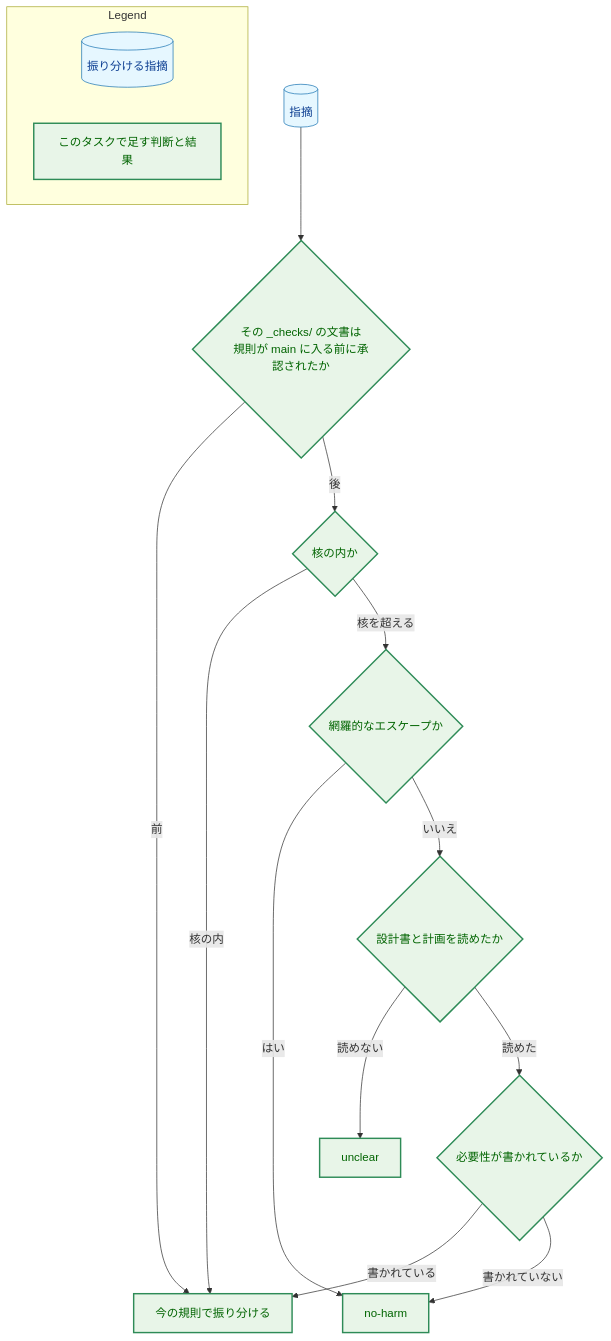
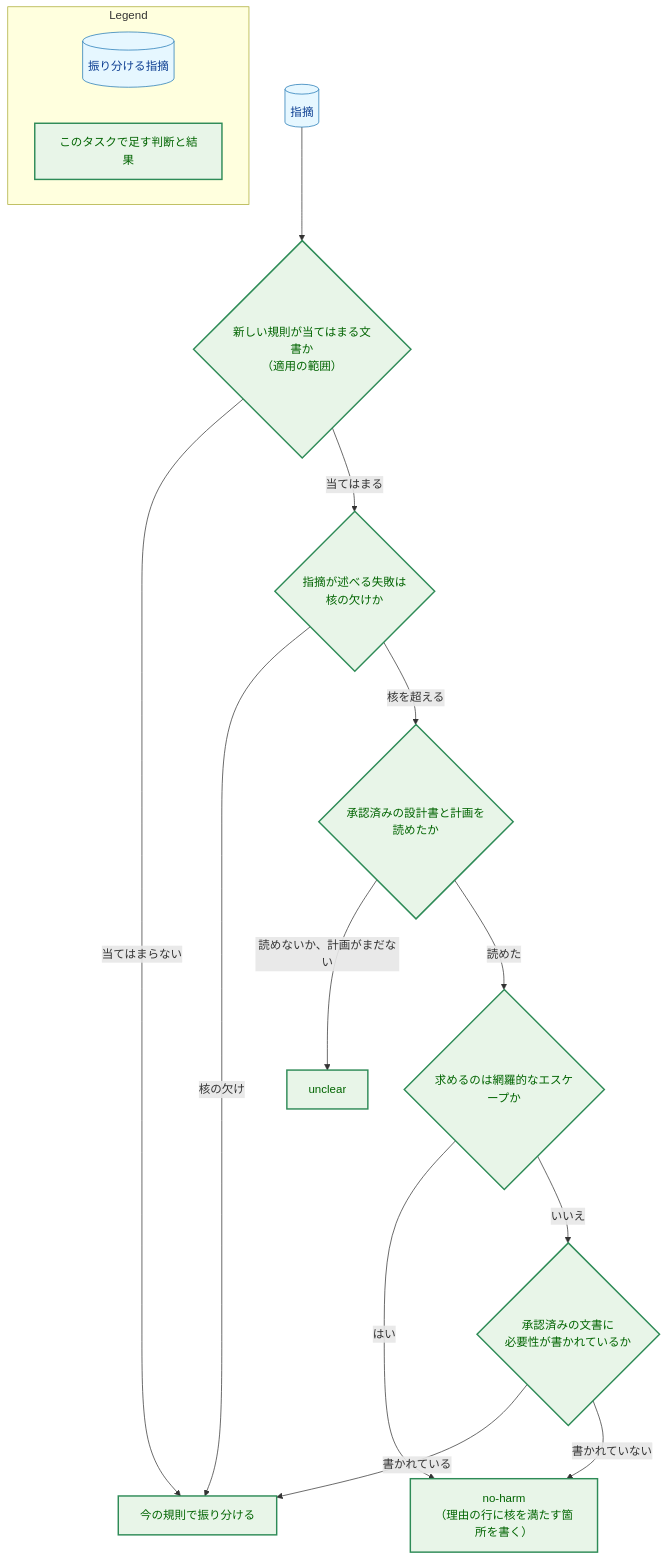
One commit to isseis/yt2column changed the fifth of 5 diagrams in docs/tasks/0124_checks_proportion/02_architecture.md. Above: the diagram before and after it, drawn with Mermaid. The commit also changed other lines of this file and 3 other files, not shown here.

First line of the commit message:
docs(0124): apply the architecture review and prose fixes

````diff
--- a/docs/tasks/0124_checks_proportion/02_architecture.md
+++ b/docs/tasks/0124_checks_proportion/02_architecture.md
@@ -501,37 +497,37 @@
 ```mermaid
 flowchart TD
     classDef data fill:#e6f7ff,stroke:#1f77b4,stroke-width:1px,color:#0b3d91;
     classDef enhanced fill:#e8f5e8,stroke:#2e8b57,stroke-width:2px,color:#006400;
 
     F[("指摘")]
-    OLD{"その _checks/ の文書は<br>規則が main に入る前に承認されたか"}
-    CORE{"核の内か"}
-    ESC{"網羅的なエスケープか"}
-    READ{"設計書と計画を読めたか"}
-    NEED{"必要性が書かれているか"}
-    NOHARM["no-harm"]
+    OLD{"新しい規則が当てはまる文書か<br>（適用の範囲）"}
+    CORE{"指摘が述べる失敗は<br>核の欠けか"}
+    READ{"承認済みの設計書と計画を<br>読めたか"}
+    ESC{"求めるのは網羅的なエスケープか"}
+    NEED{"承認済みの文書に<br>必要性が書かれているか"}
+    NOHARM["no-harm<br>（理由の行に核を満たす箇所を書く）"]
     NORMAL["今の規則で振り分ける"]
     UNCLEAR["unclear"]
 
     F --> OLD
-    OLD -->|"前"| NORMAL
-    OLD -->|"後"| CORE
-    CORE -->|"核の内"| NORMAL
-    CORE -->|"核を超える"| ESC
+    OLD -->|"当てはまらない"| NORMAL
+    OLD -->|"当てはまる"| CORE
+    CORE -->|"核の欠け"| NORMAL
+    CORE -->|"核を超える"| READ
+    READ -->|"読めないか、計画がまだない"| UNCLEAR
+    READ -->|"読めた"| ESC
     ESC -->|"はい"| NOHARM
-    ESC -->|"いいえ"| READ
-    READ -->|"読めない"| UNCLEAR
-    READ -->|"読めた"| NEED
+    ESC -->|"いいえ"| NEED
     NEED -->|"書かれている"| NORMAL
     NEED -->|"書かれていない"| NOHARM
 
     class F data
-    class OLD,CORE,ESC,READ,NEED,NOHARM,NORMAL,UNCLEAR enhanced
+    class OLD,CORE,READ,ESC,NEED,NOHARM,NORMAL,UNCLEAR enhanced
 
     subgraph Legend["Legend"]
         L1[("振り分ける指摘")]
         L2["このタスクで足す判断と結果"]
     end
     class L1 data
     class L2 enhanced
 ```
````
